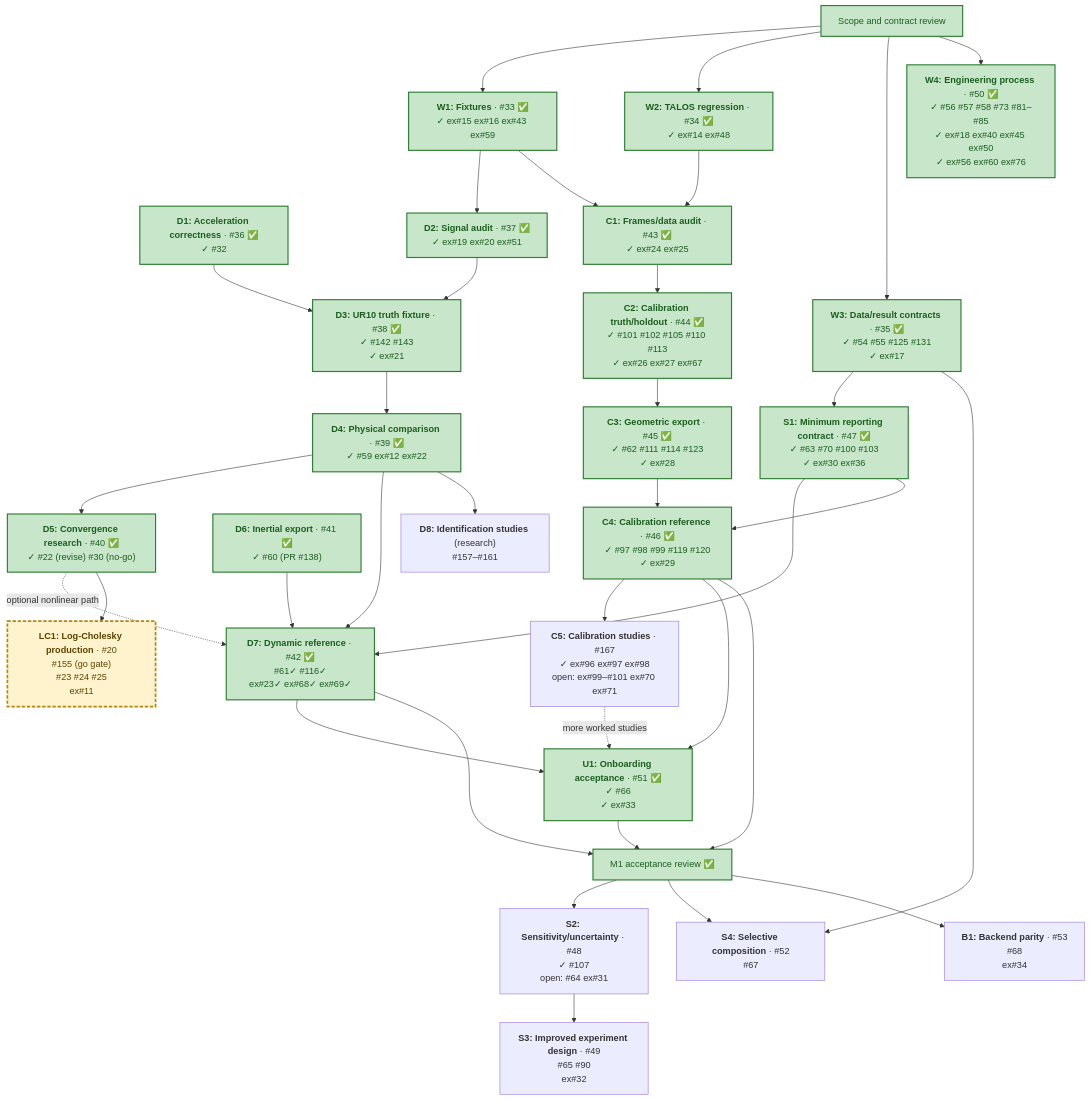
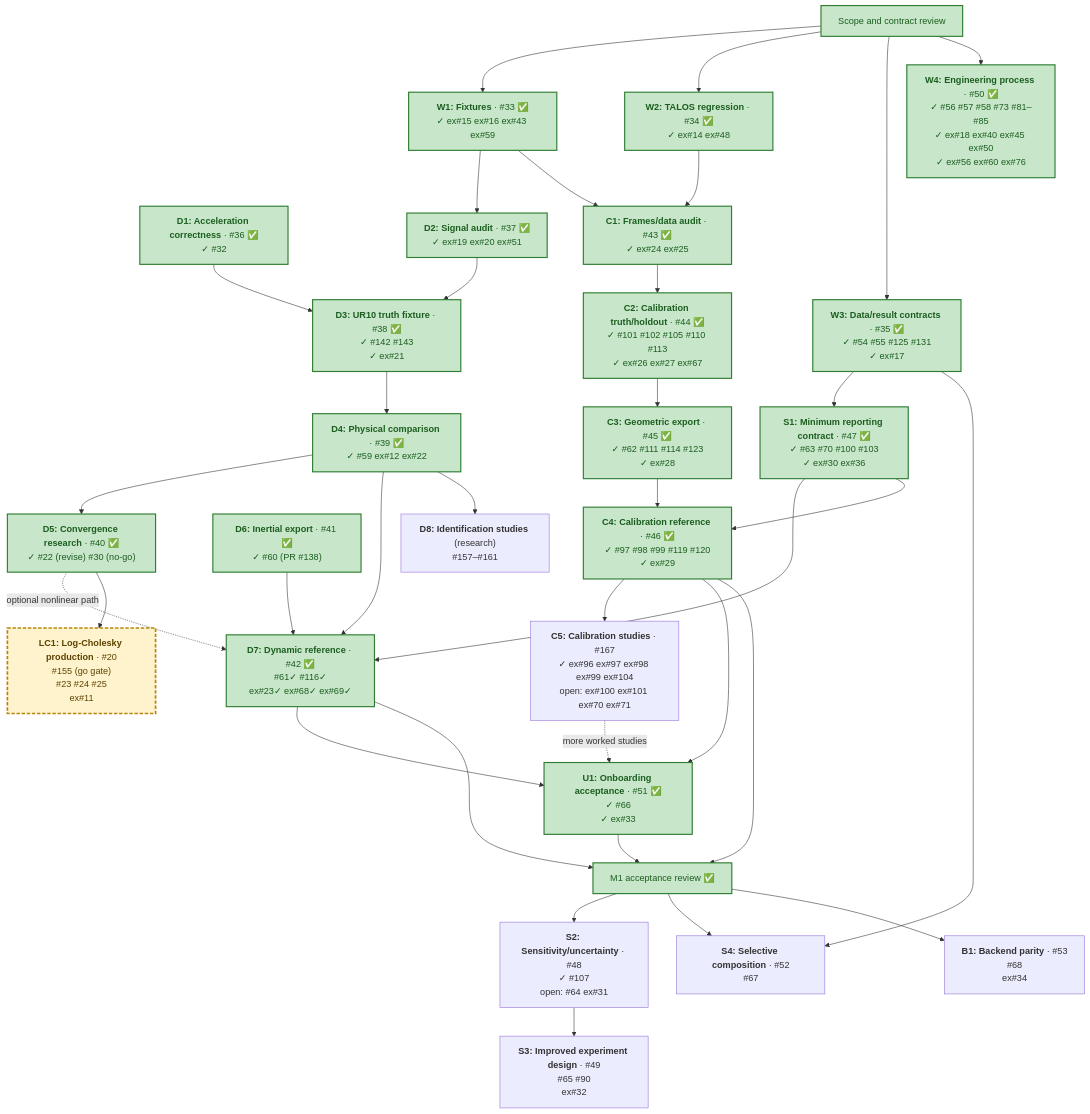
One commit to thanhndv212/figaroh-plus changed the diagram in docs/plans/identification-calibration-delivery.md. Above: the diagram before and after it, drawn with Mermaid. The commit also changed other lines of this file and 1 other file, not shown here.

````diff
--- a/docs/plans/identification-calibration-delivery.md
+++ b/docs/plans/identification-calibration-delivery.md
@@ -77,70 +77,70 @@
 ```mermaid
 flowchart TD
     R["Scope and contract review"]
     W1["<b>W1: Fixtures</b> · #33 ✅<br/>✓ ex#15 ex#16 ex#43 ex#59"]
     W2["<b>W2: TALOS regression</b> · #34 ✅<br/>✓ ex#14 ex#48"]
     W3["<b>W3: Data/result contracts</b> · #35 ✅<br/>✓ #54 #55 #125 #131<br/>✓ ex#17"]
     W4["<b>W4: Engineering process</b> · #50 ✅<br/>✓ #56 #57 #58 #73 #81–#85<br/>✓ ex#18 ex#40 ex#45 ex#50<br/>✓ ex#56 ex#60 ex#76"]
     D1["<b>D1: Acceleration correctness</b> · #36 ✅<br/>✓ #32"]
     D2["<b>D2: Signal audit</b> · #37 ✅<br/>✓ ex#19 ex#20 ex#51"]
     D3["<b>D3: UR10 truth fixture</b> · #38 ✅<br/>✓ #142 #143<br/>✓ ex#21"]
     D4["<b>D4: Physical comparison</b> · #39 ✅<br/>✓ #59 ex#12 ex#22"]
     D5["<b>D5: Convergence research</b> · #40 ✅<br/>✓ #22 (revise) #30 (no-go)"]
     D6["<b>D6: Inertial export</b> · #41 ✅<br/>✓ #60 (PR #138)"]
     D7["<b>D7: Dynamic reference</b> · #42 ✅<br/>#61✓ #116✓<br/>ex#23✓ ex#68✓ ex#69✓"]
     C1["<b>C1: Frames/data audit</b> · #43 ✅<br/>✓ ex#24 ex#25"]
     C2["<b>C2: Calibration truth/holdout</b> · #44 ✅<br/>✓ #101 #102 #105 #110 #113<br/>✓ ex#26 ex#27 ex#67"]
     C3["<b>C3: Geometric export</b> · #45 ✅<br/>✓ #62 #111 #114 #123<br/>✓ ex#28"]
     C4["<b>C4: Calibration reference</b> · #46 ✅<br/>✓ #97 #98 #99 #119 #120<br/>✓ ex#29"]
-    C5["<b>C5: Calibration studies</b> · #167<br/>✓ ex#96 ex#97 ex#98<br/>open: ex#99–#101 ex#70 ex#71"]
+    C5["<b>C5: Calibration studies</b> · #167<br/>✓ ex#96 ex#97 ex#98 ex#99 ex#104<br/>open: ex#100 ex#101 ex#70 ex#71"]
     D8["<b>D8: Identification studies</b> (research)<br/>#157–#161"]
     S1["<b>S1: Minimum reporting contract</b> · #47 ✅<br/>✓ #63 #70 #100 #103<br/>✓ ex#30 ex#36"]
     U1["<b>U1: Onboarding acceptance</b> · #51 ✅<br/>✓ #66<br/>✓ ex#33"]
     A["M1 acceptance review ✅"]
     S2["<b>S2: Sensitivity/uncertainty</b> · #48<br/>✓ #107<br/>open: #64 ex#31"]
     S3["<b>S3: Improved experiment design</b> · #49<br/>#65 #90<br/>ex#32"]
     S4["<b>S4: Selective composition</b> · #52<br/>#67"]
     B1["<b>B1: Backend parity</b> · #53<br/>#68<br/>ex#34"]
     LC1["<b>LC1: Log-Cholesky production</b> · #20<br/>#155 (go gate)<br/>#23 #24 #25<br/>ex#11"]
 
     R --> W1
     R --> W2
     R --> W3
     R --> W4
     W1 --> D2
     D1 --> D3
     D2 --> D3
     D3 --> D4
     D4 --> D5
     D6 --> D7
     D4 --> D7
     D5 -. optional nonlinear path .-> D7
     D5 --> LC1
     W1 --> C1
     W2 --> C1
     C1 --> C2
     C2 --> C3
     C3 --> C4
     C4 --> C5
     D4 --> D8
     C5 -. more worked studies .-> U1
     W3 --> S1
     S1 --> D7
     S1 --> C4
     D7 --> U1
     C4 --> U1
     D7 --> A
     C4 --> A
     U1 --> A
     A --> S2
     S2 --> S3
     A --> S4
     W3 --> S4
     A --> B1
 
     classDef cleared fill:#c8e6c9,stroke:#2e7d32,stroke-width:2px,color:#1b5e20
     classDef ready fill:#fff3cd,stroke:#b8860b,color:#5c4400
     class R,W1,W2,W3,W4,D1,D2,C1,C2,C3,S1,D6,C4,D3,D4,D5,D7,U1,A cleared
     class LC1 active
     classDef active fill:#fff3cd,stroke:#b8860b,stroke-width:3px,stroke-dasharray:6 3,color:#5c4400
 ```
````
